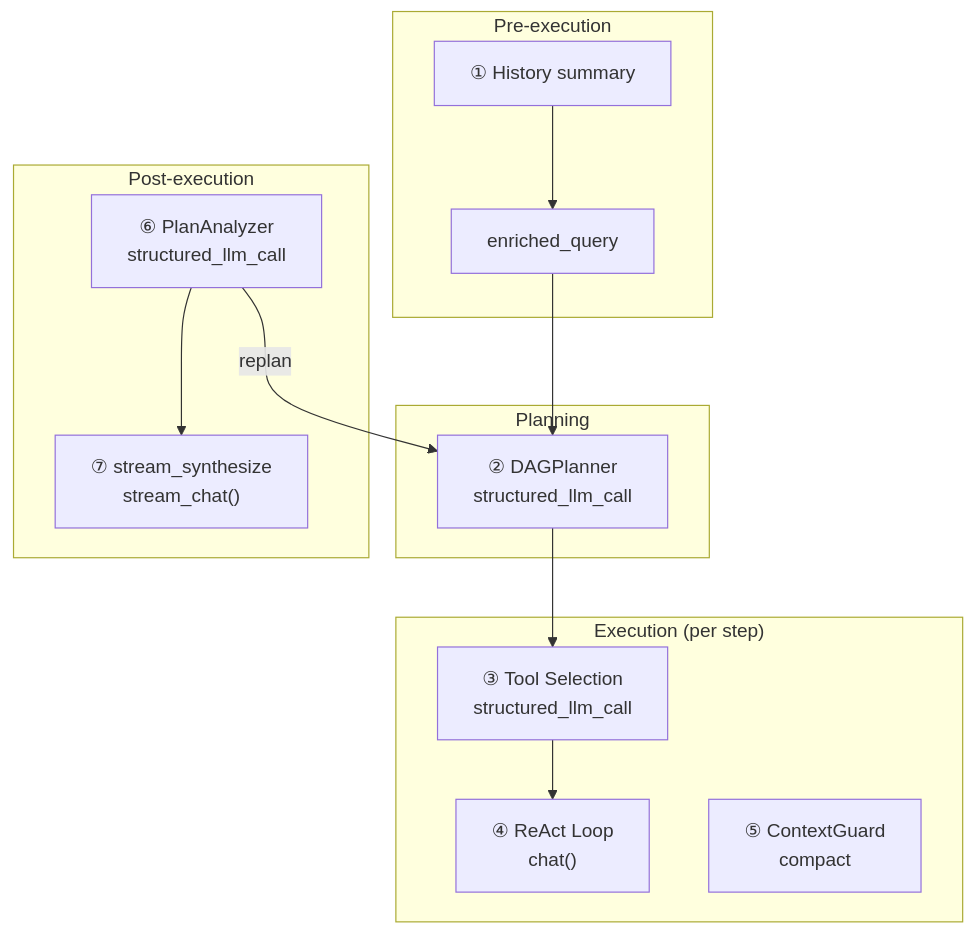
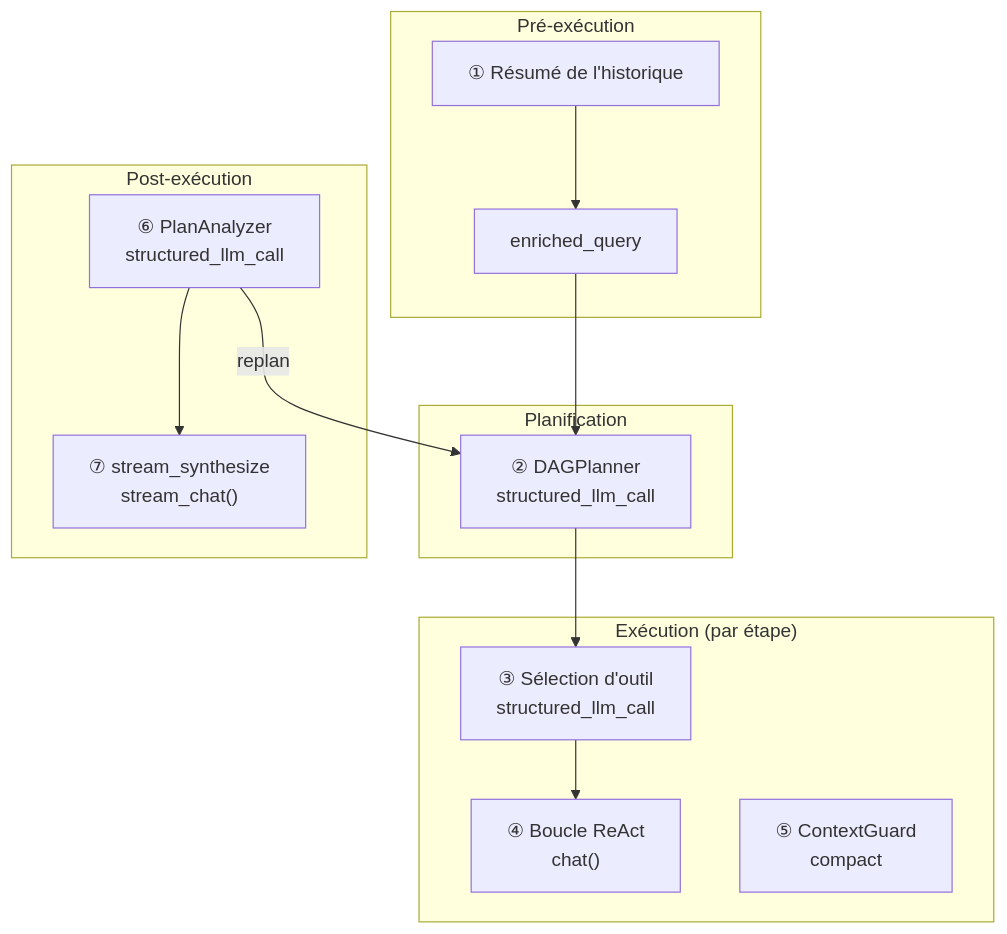
One commit to lucky20160622/fim-one changed the second of 3 diagrams in docs/fr/architecture/dag-engine.mdx. Above: the diagram before and after it, drawn with Mermaid. The commit also changed other lines of this file and 141 other files, not shown here.

````diff
--- a/docs/fr/architecture/dag-engine.mdx
+++ b/docs/fr/architecture/dag-engine.mdx
@@ -44,19 +48,19 @@
 ```mermaid
 flowchart TD
-    subgraph pre ["Pre-execution"]
-        H["① History summary"] --> EQ["enriched_query"]
+    subgraph pre ["Pré-exécution"]
+        H["① Résumé de l'historique"] --> EQ["enriched_query"]
     end
-    subgraph plan ["Planning"]
+    subgraph plan ["Planification"]
         P["② DAGPlanner<br/>structured_llm_call"]
     end
-    subgraph exec ["Execution (per step)"]
-        TS["③ Tool Selection<br/>structured_llm_call"] --> RL["④ ReAct Loop<br/>chat()"]
+    subgraph exec ["Exécution (par étape)"]
+        TS["③ Sélection d'outil<br/>structured_llm_call"] --> RL["④ Boucle ReAct<br/>chat()"]
         CG["⑤ ContextGuard<br/>compact"]
     end
-    subgraph post ["Post-execution"]
+    subgraph post ["Post-exécution"]
         PA["⑥ PlanAnalyzer<br/>structured_llm_call"] --> SS["⑦ stream_synthesize<br/>stream_chat()"]
     end
     EQ --> P
     P --> TS
     PA -->|"replan"| P
 ```
````
